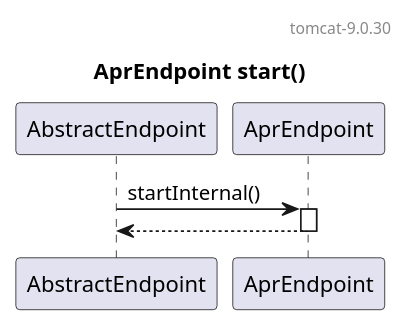
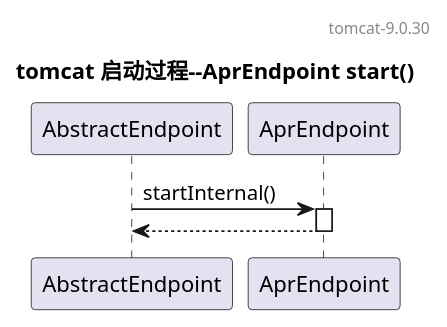
Before and after one commit to zhhongCai/tomcat: the diagram in AprEndpoint_start.puml, drawn with PlantUML. The commit also changed 13 other files, not shown here.

Commit message:
流程图

```diff
--- a/AprEndpoint_start.puml
+++ b/AprEndpoint_start.puml
@@ -1,11 +1,11 @@
 @startuml
 
 header tomcat-9.0.30
 
-title AprEndpoint start()
+title tomcat 启动过程--AprEndpoint start()
 
 AbstractEndpoint -> AprEndpoint++: startInternal()
 
 AbstractEndpoint <-- AprEndpoint--
 
 @enduml
```
